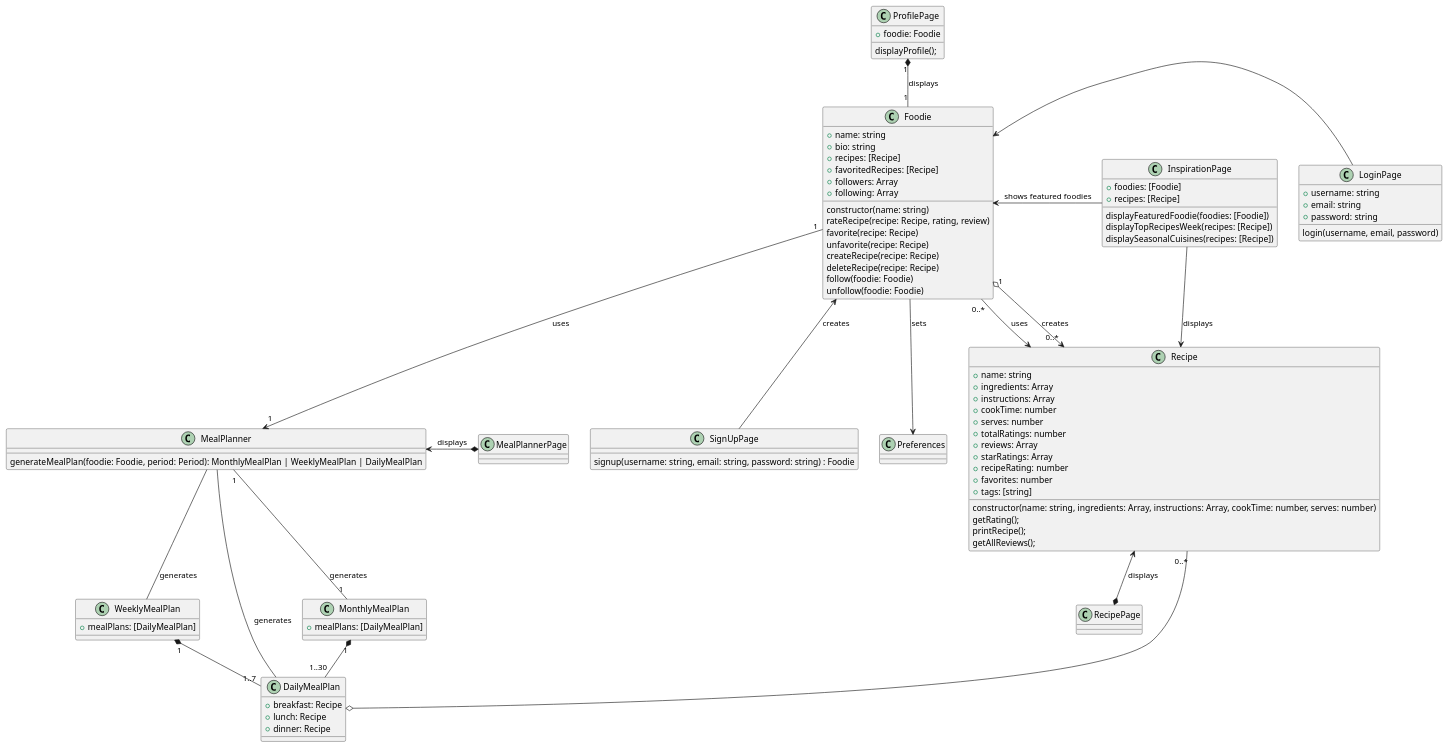
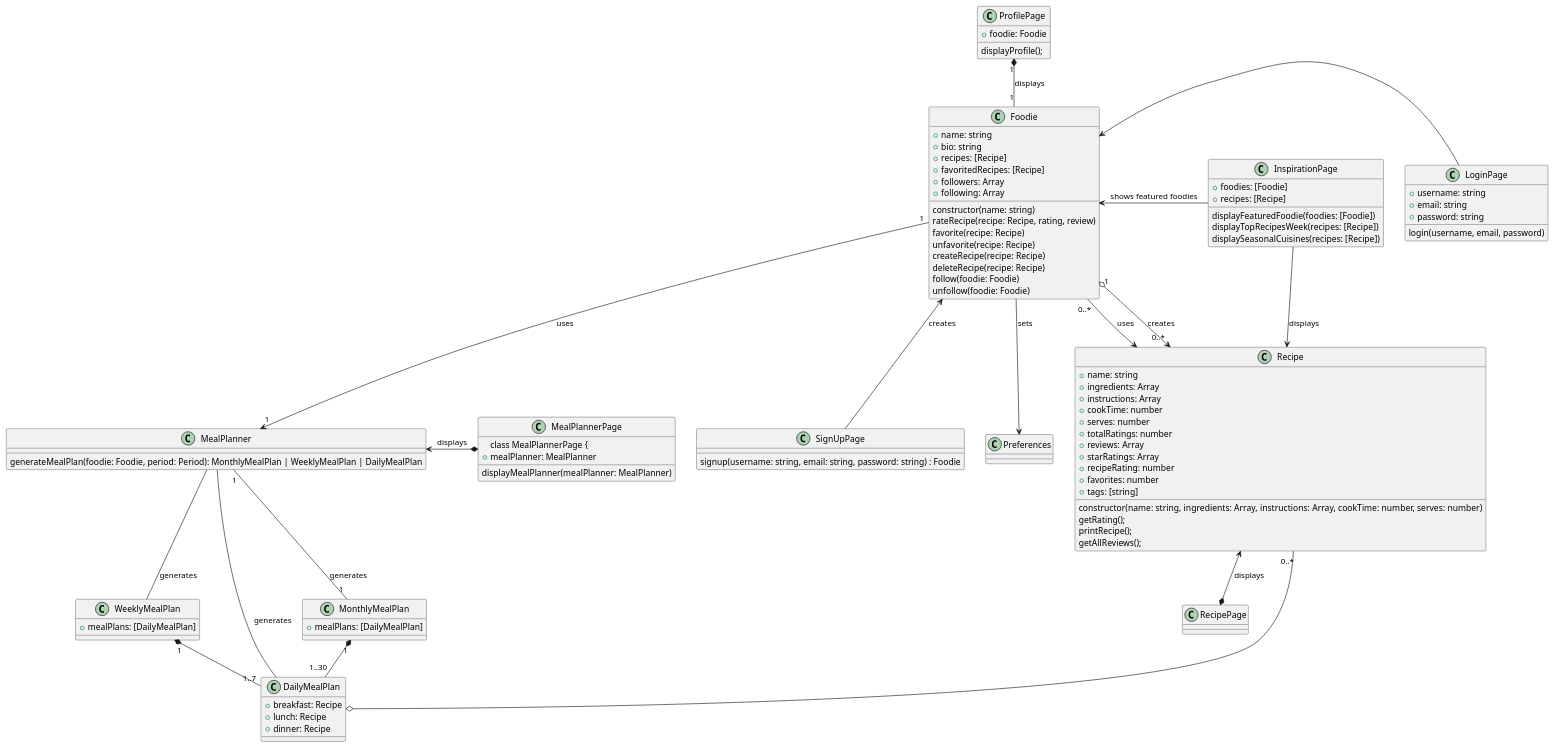
The diagram in architecture/class.puml (balibee/voodie), drawn with PlantUML before and after one commit.

Commit message:
Add MealPlannerPage to UML

```diff
--- a/architecture/class.puml
+++ b/architecture/class.puml
@@ -1,114 +1,117 @@
 @startuml Voodie Class Diagram
 
 class Foodie {
 
     +name: string
     +bio: string
     +recipes: [Recipe]
     +favoritedRecipes: [Recipe]
     +followers: Array
     +following: Array
 
     constructor(name: string)
     rateRecipe(recipe: Recipe, rating, review)
     favorite(recipe: Recipe)
     unfavorite(recipe: Recipe)
     createRecipe(recipe: Recipe)
     deleteRecipe(recipe: Recipe)
     follow(foodie: Foodie)
     unfollow(foodie: Foodie)
 }
 
 class Recipe {
     +name: string
     +ingredients: Array
     +instructions: Array
     +cookTime: number
     +serves: number
     +totalRatings: number
     +reviews: Array
     +starRatings: Array
     +recipeRating: number
     +favorites: number
     +tags: [string]
 
     constructor(name: string, ingredients: Array, instructions: Array, cookTime: number, serves: number)
     getRating();
     printRecipe();
     getAllReviews();
 }
 
 class MealPlannerPage {
 
+class MealPlannerPage {
+    +mealPlanner: MealPlanner
+    displayMealPlanner(mealPlanner: MealPlanner)
 }
 
 class MealPlanner {
     generateMealPlan(foodie: Foodie, period: Period): MonthlyMealPlan | WeeklyMealPlan | DailyMealPlan
 }
 
 class MonthlyMealPlan {
     +mealPlans: [DailyMealPlan]
 }
 
 class WeeklyMealPlan {
     +mealPlans: [DailyMealPlan]
 }
 
 class DailyMealPlan {
     +breakfast: Recipe
     +lunch: Recipe
     +dinner: Recipe
 }
 
 class InspirationPage {
     +foodies: [Foodie]
     +recipes: [Recipe]
 
     displayFeaturedFoodie(foodies: [Foodie])
     displayTopRecipesWeek(recipes: [Recipe])
     displaySeasonalCuisines(recipes: [Recipe])
 }
 
 class LoginPage {
     +username: string
     +email: string
     +password: string
 
     login(username, email, password)
 }
 
 class SignUpPage {
 
     signup(username: string, email: string, password: string) : Foodie
 }
 
 class ProfilePage {
     +foodie: Foodie
 
     displayProfile();
 }
 
 ProfilePage "1" *-- "1" Foodie : displays
 
 Foodie <-right- LoginPage
 Foodie <-down- SignUpPage : creates
 Foodie "1" o-> "0..*" Recipe : creates
 Foodie "1" --> "1" MealPlanner : uses
 Foodie <- InspirationPage : shows featured foodies
 
 MealPlanner "1" -- "1" MonthlyMealPlan : generates
 MealPlanner -down- WeeklyMealPlan : generates
 MealPlanner - DailyMealPlan : generates
 MealPlanner <-right-* MealPlannerPage : displays
 
 MonthlyMealPlan "1" *-down- "1..30" DailyMealPlan
 WeeklyMealPlan "1" *-- "1..7" DailyMealPlan
 
 Recipe <-right- "0..*" Foodie : uses
 Recipe "0..*" -o DailyMealPlan
 Recipe <-down-* RecipePage : displays
 Recipe <-up- InspirationPage: displays
 
 Preferences <-up- Foodie : sets
 
 @enduml
```
